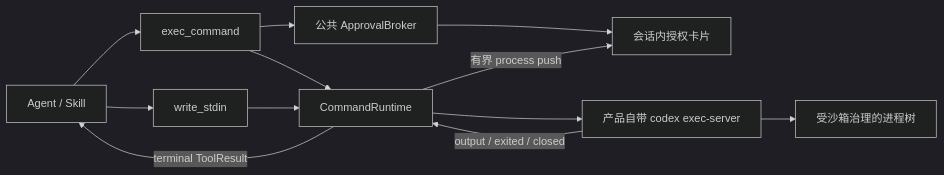
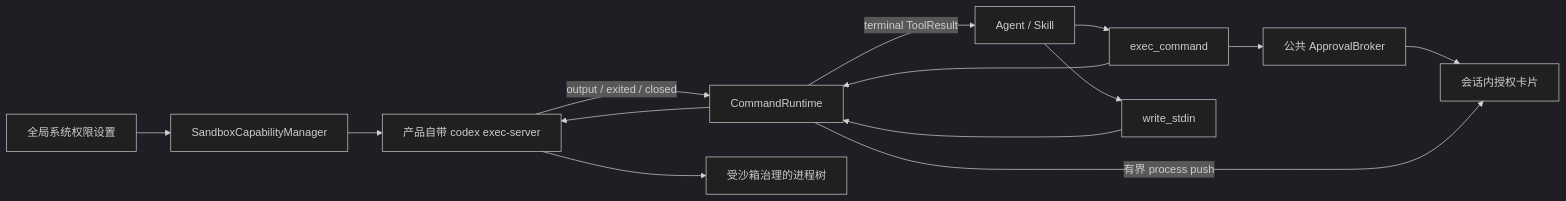
Before and after one commit to A1m233/agent-friend: the first of 4 diagrams in docs/requirements/085-governed-local-command-runtime/design.md, drawn with Mermaid (dark theme). The commit also changed other lines of this file and 155 other files, not shown here.

````diff
--- a/docs/requirements/085-governed-local-command-runtime/design.md
+++ b/docs/requirements/085-governed-local-command-runtime/design.md
@@ -42,14 +42,16 @@
 ```mermaid
 flowchart LR
+    GS["全局系统权限设置"] --> SM["SandboxCapabilityManager"]
+    SM --> ES
     LLM["Agent / Skill"] --> EC["exec_command"]
     LLM --> WS["write_stdin"]
     EC --> AB["公共 ApprovalBroker"]
     AB --> UI["会话内授权卡片"]
     EC --> CR["CommandRuntime"]
     WS --> CR
     CR --> ES["产品自带 codex exec-server"]
     ES --> P["受沙箱治理的进程树"]
     ES -- "output / exited / closed" --> CR
     CR -- "有界 process push" --> UI
     CR -- "terminal ToolResult" --> LLM
 ```
````
